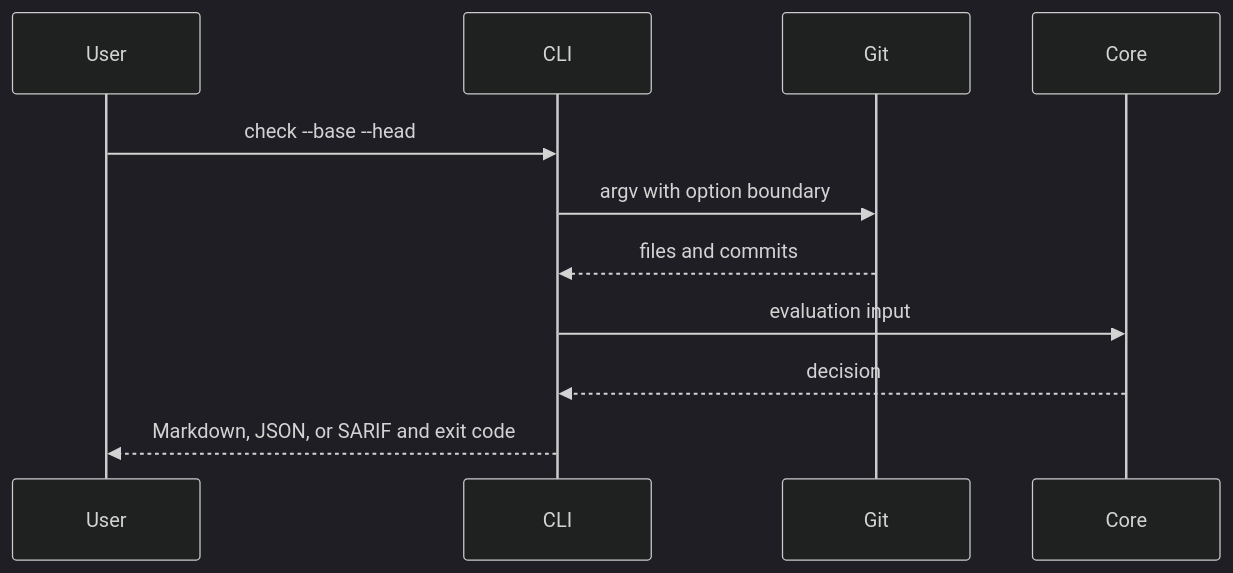
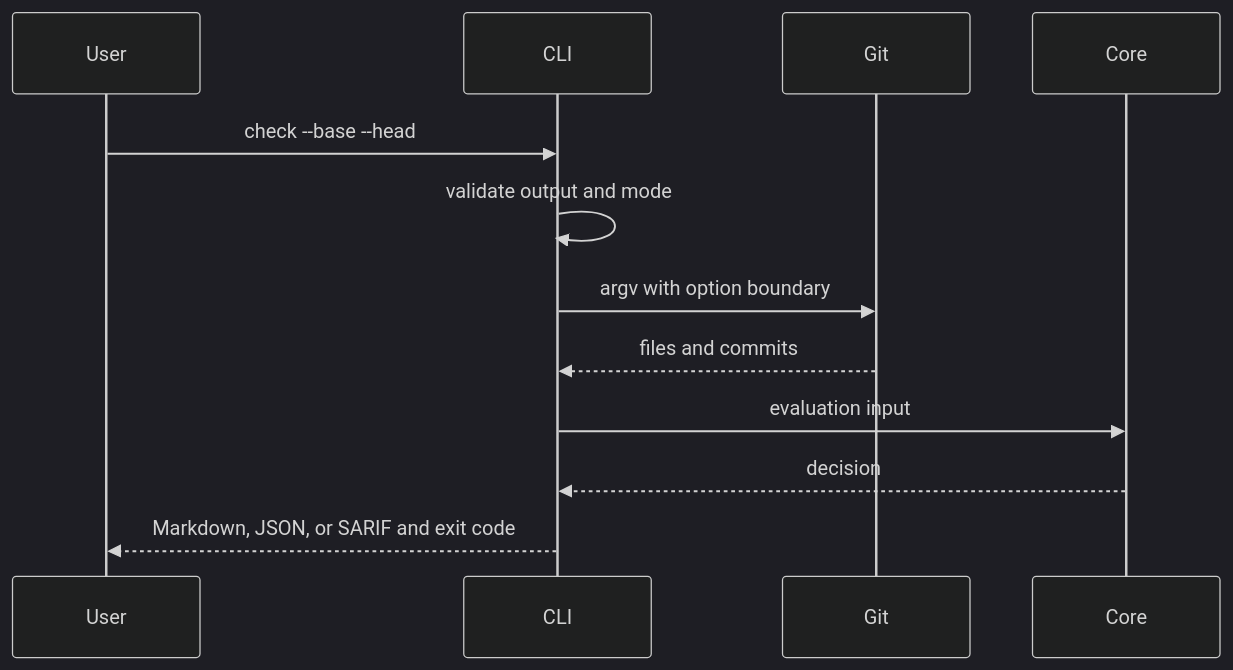
The second of 4 diagrams in packages/cli/AGENTS.md (streamentry/AGENTOWNERS), drawn with Mermaid (dark theme) before and after one commit. The commit also changed other lines of this file and 5 other files, not shown here.

````diff
--- a/packages/cli/AGENTS.md
+++ b/packages/cli/AGENTS.md
@@ -33,13 +33,14 @@
 ```mermaid
 sequenceDiagram
   participant User
   participant CLI
   participant Git
   participant Core
   User->>CLI: check --base --head
+  CLI->>CLI: validate output and mode
   CLI->>Git: argv with option boundary
   Git-->>CLI: files and commits
   CLI->>Core: evaluation input
   Core-->>CLI: decision
   CLI-->>User: Markdown, JSON, or SARIF and exit code
 ```
````
